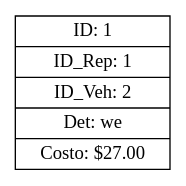
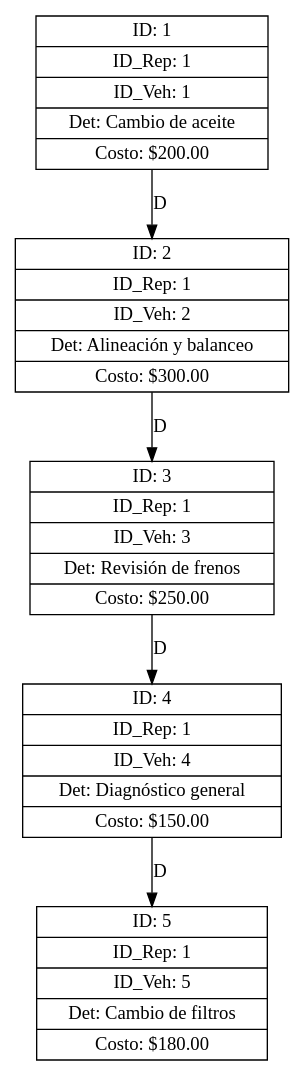
The diagram in FASE_2/AutoGestPro/Reports/servicios.dot (eric-rojas/-EDD-1S2025_202200331), drawn with Graphviz before and after one commit. The commit also changed 37 other files, not shown here.

```diff
--- a/FASE_2/AutoGestPro/Reports/servicios.dot
+++ b/FASE_2/AutoGestPro/Reports/servicios.dot
@@ -1,4 +1,12 @@
 digraph ArbolServicios {
 node [shape=record];
-node1 [label="{ID: 1|ID_Rep: 1|ID_Veh: 2|Det: we|Costo: $27.00}"];
+node1 [label="{ID: 1|ID_Rep: 1|ID_Veh: 1|Det: Cambio de aceite|Costo: $200.00}"];
+node1 -> node2 [label="D"];
+node2 [label="{ID: 2|ID_Rep: 1|ID_Veh: 2|Det: Alineación y balanceo|Costo: $300.00}"];
+node2 -> node3 [label="D"];
+node3 [label="{ID: 3|ID_Rep: 1|ID_Veh: 3|Det: Revisión de frenos|Costo: $250.00}"];
+node3 -> node4 [label="D"];
+node4 [label="{ID: 4|ID_Rep: 1|ID_Veh: 4|Det: Diagnóstico general|Costo: $150.00}"];
+node4 -> node5 [label="D"];
+node5 [label="{ID: 5|ID_Rep: 1|ID_Veh: 5|Det: Cambio de filtros|Costo: $180.00}"];
 }
```
